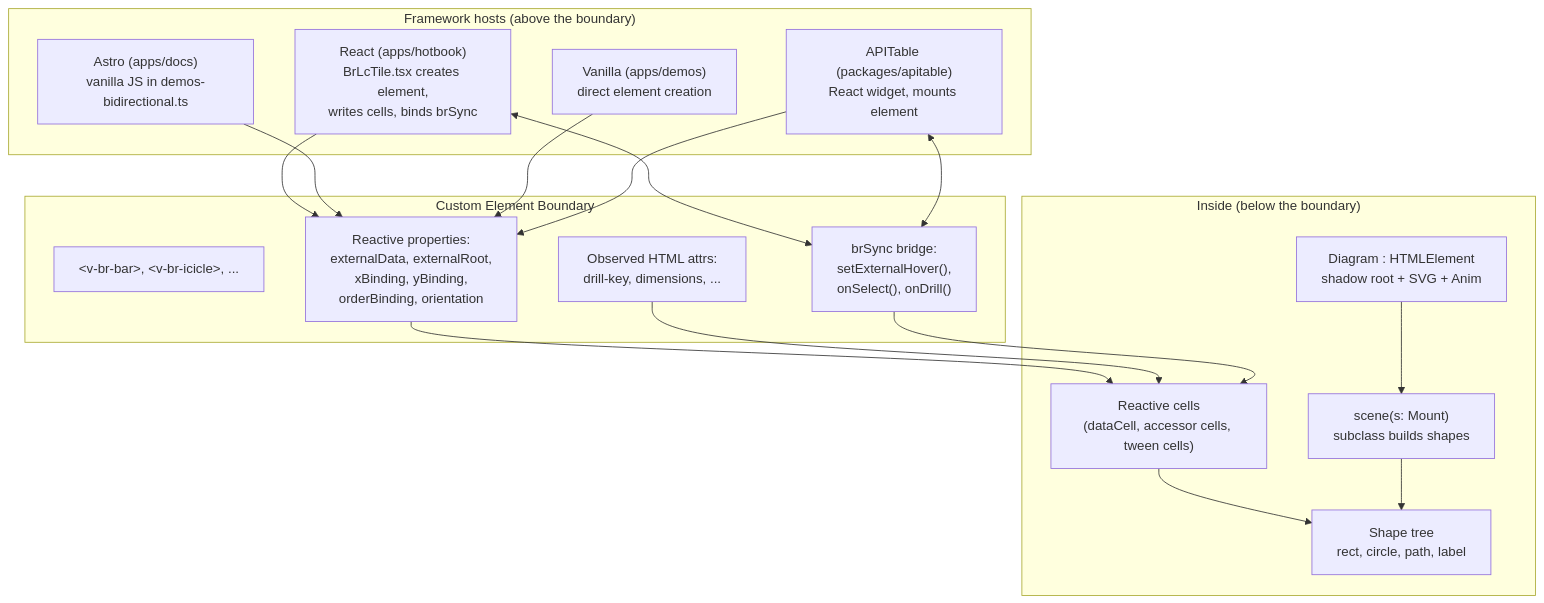
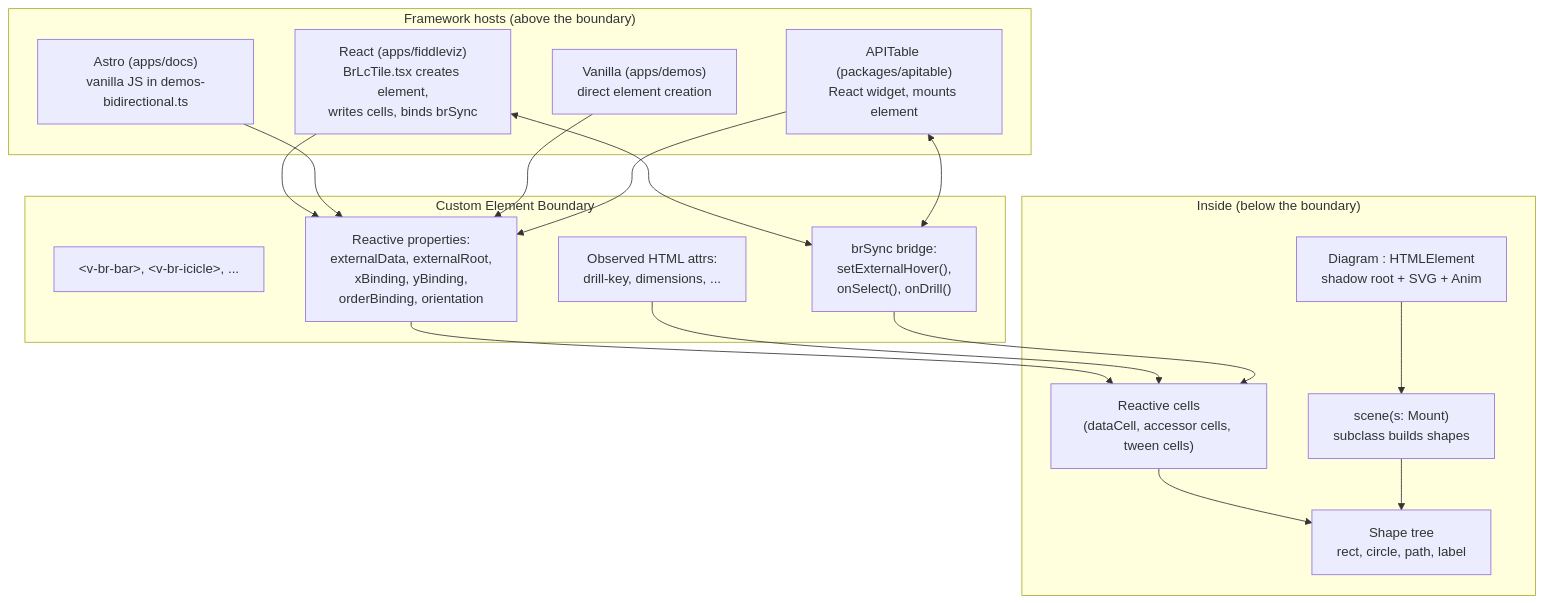
The sixth of 8 diagrams in docs/architecture.md (WinstonFassett/hotbook), drawn with Mermaid before and after one commit. The commit also changed other lines of this file and 128 other files, not shown here.

````diff
--- a/docs/architecture.md
+++ b/docs/architecture.md
@@ -242,36 +242,36 @@
 ```mermaid
 graph TB
   subgraph hosts["Framework hosts (above the boundary)"]
-    react["React (apps/hotbook)<br/>BrLcTile.tsx creates element,<br/>writes cells, binds brSync"]
+    react["React (apps/fiddleviz)<br/>BrLcTile.tsx creates element,<br/>writes cells, binds brSync"]
     astro["Astro (apps/docs)<br/>vanilla JS in demos-bidirectional.ts"]
     vanilla["Vanilla (apps/demos)<br/>direct element creation"]
     apitbl["APITable (packages/apitable)<br/>React widget, mounts element"]
   end
 
   subgraph boundary["Custom Element Boundary"]
     tag["&lt;v-br-bar&gt;, &lt;v-br-icicle&gt;, ..."]
     props["Reactive properties:<br/>externalData, externalRoot,<br/>xBinding, yBinding,<br/>orderBinding, orientation"]
     attrs["Observed HTML attrs:<br/>drill-key, dimensions, ..."]
     bridge["brSync bridge:<br/>setExternalHover(),<br/>onSelect(), onDrill()"]
   end
 
   subgraph internals["Inside (below the boundary)"]
     diagram["Diagram : HTMLElement<br/>shadow root + SVG + Anim"]
     scene["scene(s: Mount)<br/>subclass builds shapes"]
     cells["Reactive cells<br/>(dataCell, accessor cells, tween cells)"]
     shapes["Shape tree<br/>rect, circle, path, label"]
   end
 
   react --> props
   astro --> props
   vanilla --> props
   apitbl --> props
   react <--> bridge
   apitbl <--> bridge
   props --> cells
   attrs --> cells
   bridge --> cells
   cells --> shapes
   scene --> shapes
   diagram --> scene
 ```
````
